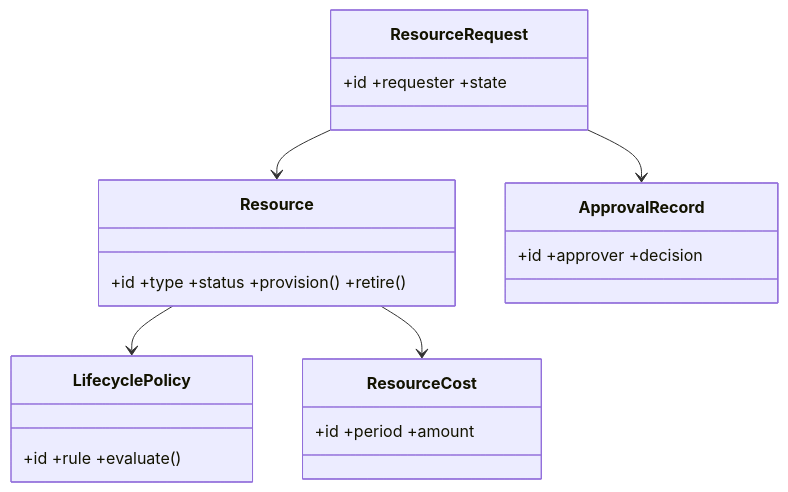
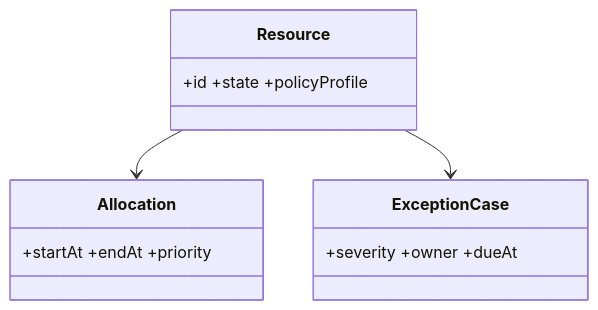
One commit to 0Ankit0/Project-Ideas changed the diagram in Resource Lifecycle Management Platform/detailed-design/class-diagrams.md. Above: the diagram before and after it, drawn with Mermaid. The commit also changed other lines of this file and 37 other files, not shown here.

````diff
--- a/Resource Lifecycle Management Platform/detailed-design/class-diagrams.md
+++ b/Resource Lifecycle Management Platform/detailed-design/class-diagrams.md
@@ -3,12 +34,8 @@
 ```mermaid
 classDiagram
-  class Resource {+id +type +status +provision() +retire()}
-  class ResourceRequest {+id +requester +state}
-  class LifecyclePolicy {+id +rule +evaluate()}
-  class ApprovalRecord {+id +approver +decision}
-  class ResourceCost {+id +period +amount}
-  ResourceRequest --> Resource
-  Resource --> LifecyclePolicy
-  Resource --> ResourceCost
-  ResourceRequest --> ApprovalRecord
+  class Resource{+id +state +policyProfile}
+  class Allocation{+startAt +endAt +priority}
+  class ExceptionCase{+severity +owner +dueAt}
+  Resource --> Allocation
+  Resource --> ExceptionCase
 ```
````
